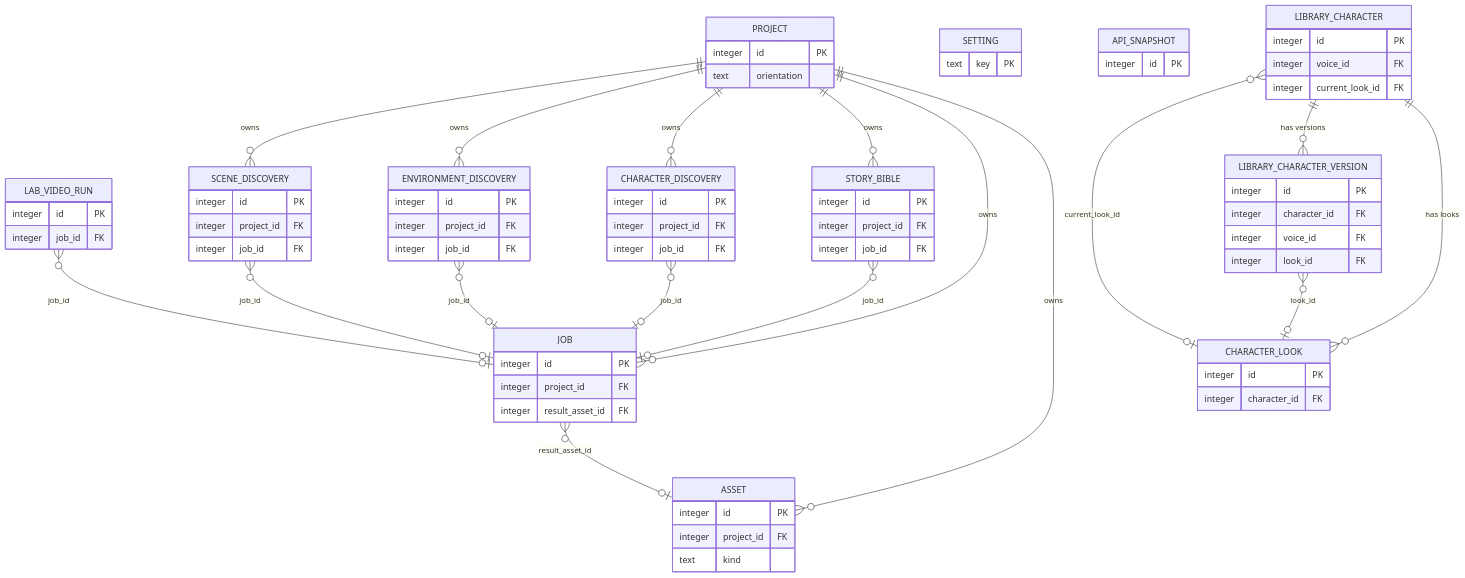
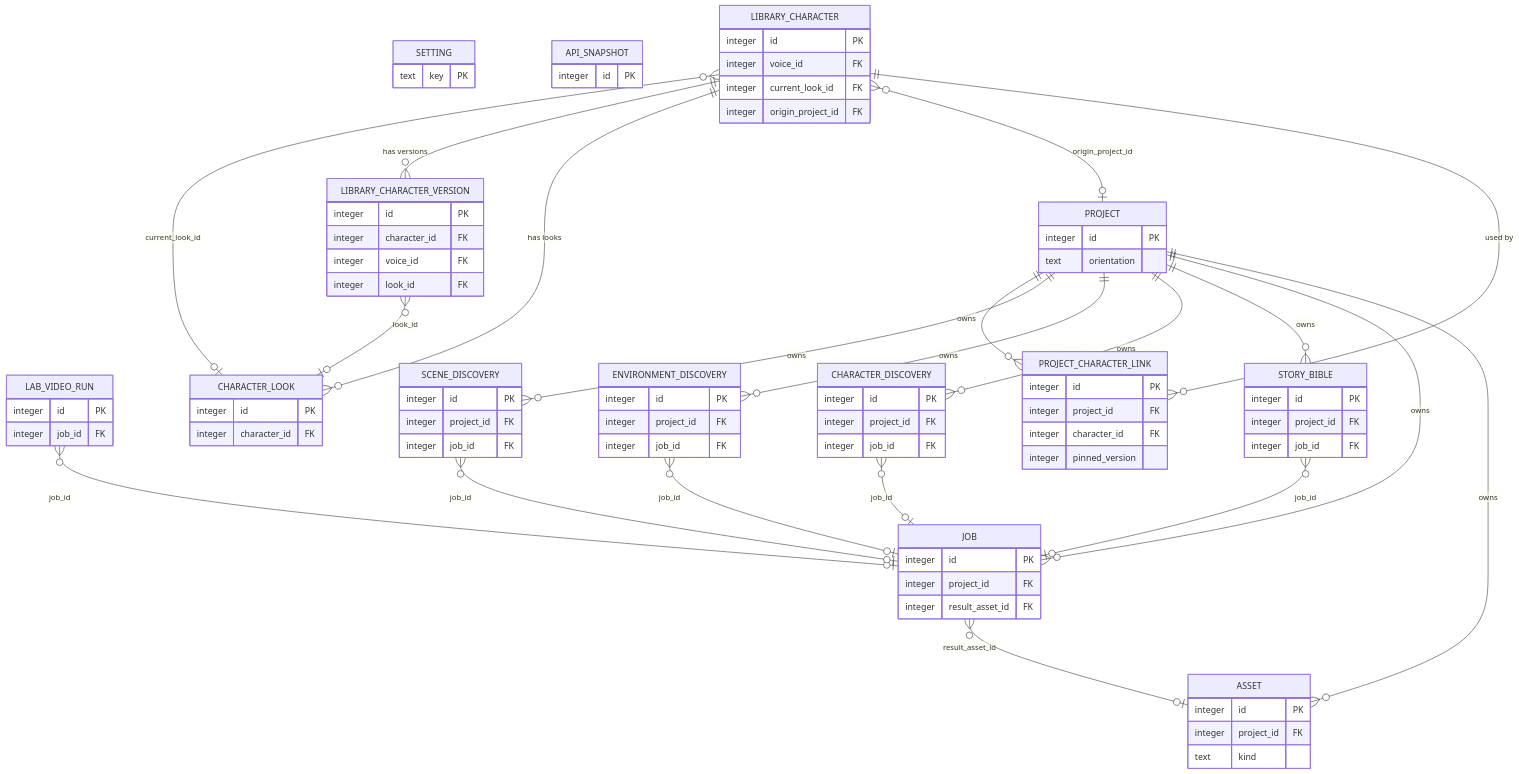
The diagram in DATABASE_STRUCTURE.md (Joshi004/VisionStudio), drawn with Mermaid before and after one commit. The commit also changed other lines of this file and 17 other files, not shown here.

First line of the commit message:
Implement character linking and version pinning in story projects (PHASE-008)

```diff
--- a/DATABASE_STRUCTURE.md
+++ b/DATABASE_STRUCTURE.md
@@ -178,6 +180,13 @@
         integer id PK
         integer voice_id FK
         integer current_look_id FK
+        integer origin_project_id FK
+    }
+    PROJECT_CHARACTER_LINK {
+        integer id PK
+        integer project_id FK
+        integer character_id FK
+        integer pinned_version
     }
     CHARACTER_LOOK {
         integer id PK
@@ -196,6 +205,9 @@
     PROJECT ||--o{ CHARACTER_DISCOVERY   : "owns"
     PROJECT ||--o{ ENVIRONMENT_DISCOVERY : "owns"
     PROJECT ||--o{ SCENE_DISCOVERY       : "owns"
+    PROJECT ||--o{ PROJECT_CHARACTER_LINK : "owns"
+    LIBRARY_CHARACTER ||--o{ PROJECT_CHARACTER_LINK : "used by"
+    LIBRARY_CHARACTER }o--o| PROJECT : "origin_project_id"
     JOB     }o--o| ASSET         : "result_asset_id"
     LAB_VIDEO_RUN }o--o| JOB     : "job_id"
     STORY_BIBLE }o--o| JOB       : "job_id"
```
